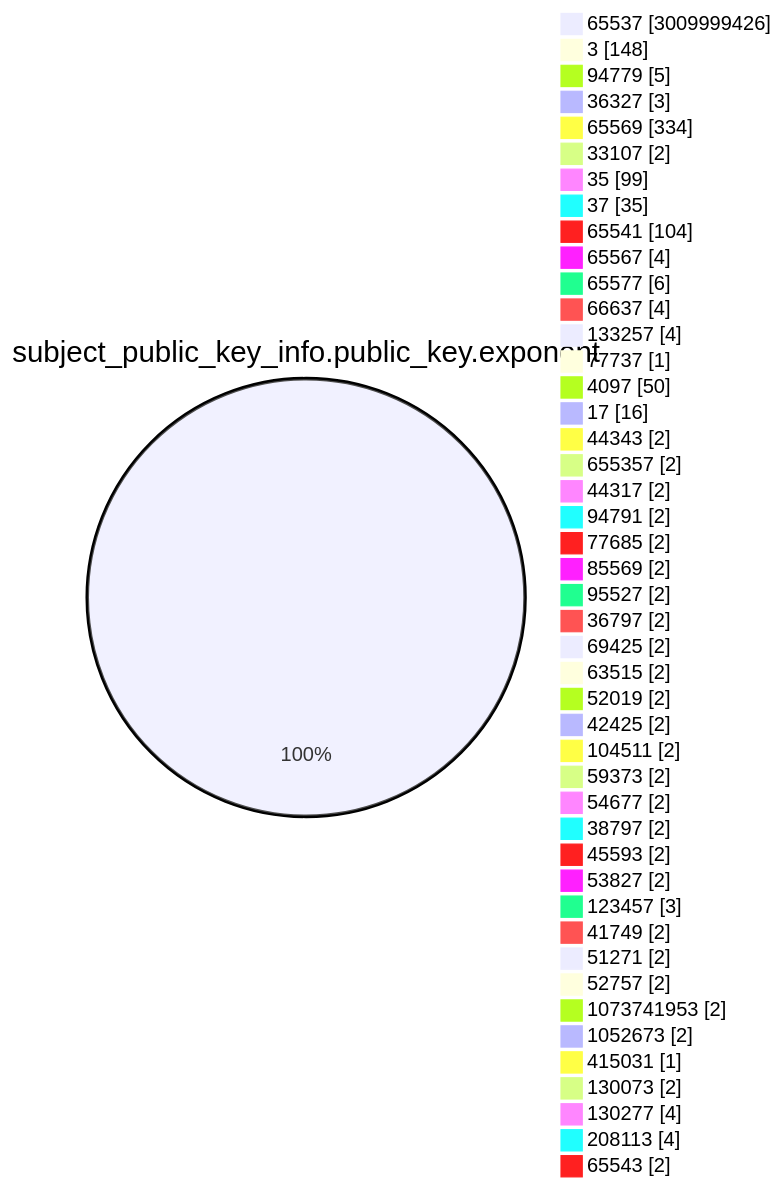
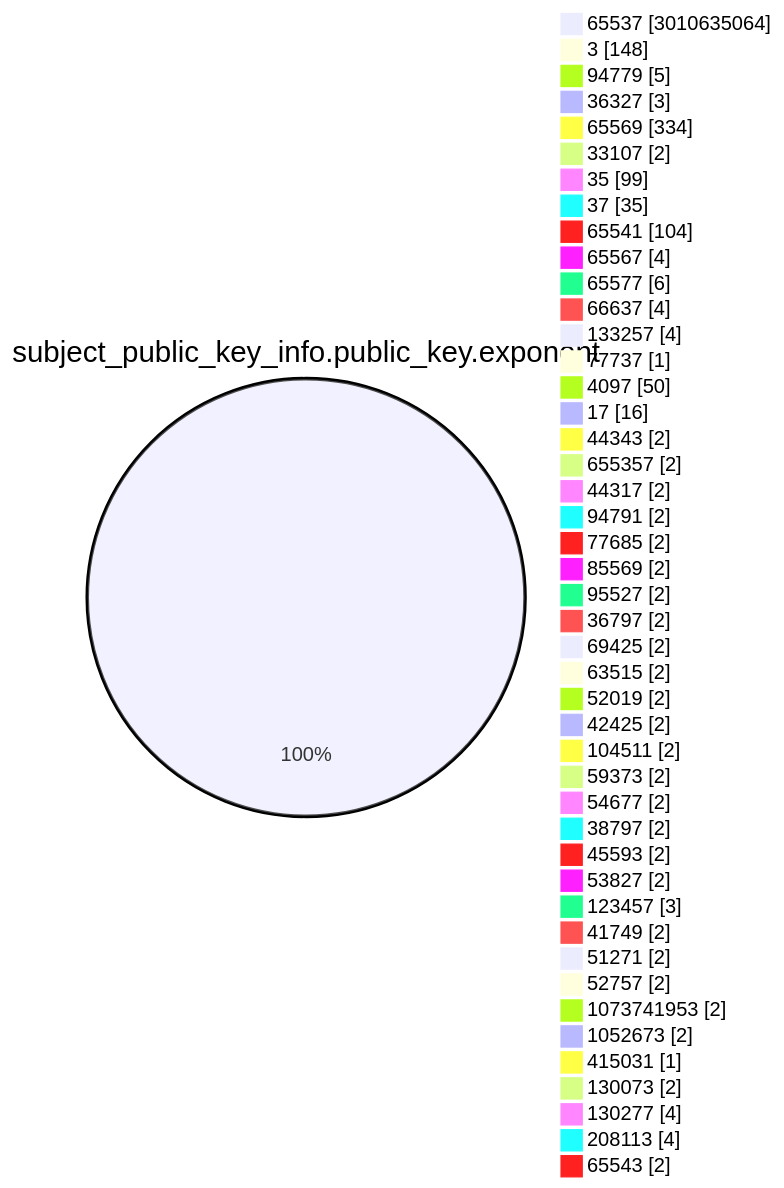
Before and after one commit to christiankrug/ctmonitor_visualization: the fourth of 15 diagrams in TOTAL/README.md, drawn with Mermaid. The commit also changed other lines of this file, not shown here.

````diff
--- a/TOTAL/README.md
+++ b/TOTAL/README.md
@@ -1472,49 +1472,49 @@
 ```mermaid
 pie showData
 title subject_public_key_info.public_key.exponent
-"65537" :3009999426
+"65537" :3010635064
 "3" :148
 "94779" :5
 "36327" :3
 "65569" :334
 "33107" :2
 "35" :99
 "37" :35
 "65541" :104
 "65567" :4
 "65577" :6
 "66637" :4
 "133257" :4
 "77737" :1
 "4097" :50
 "17" :16
 "44343" :2
 "655357" :2
 "44317" :2
 "94791" :2
 "77685" :2
 "85569" :2
 "95527" :2
 "36797" :2
 "69425" :2
 "63515" :2
 "52019" :2
 "42425" :2
 "104511" :2
 "59373" :2
 "54677" :2
 "38797" :2
 "45593" :2
 "53827" :2
 "123457" :3
 "41749" :2
 "51271" :2
 "52757" :2
 "1073741953" :2
 "1052673" :2
 "415031" :1
 "130073" :2
 "130277" :4
 "208113" :4
 "65543" :2
 ```
````
